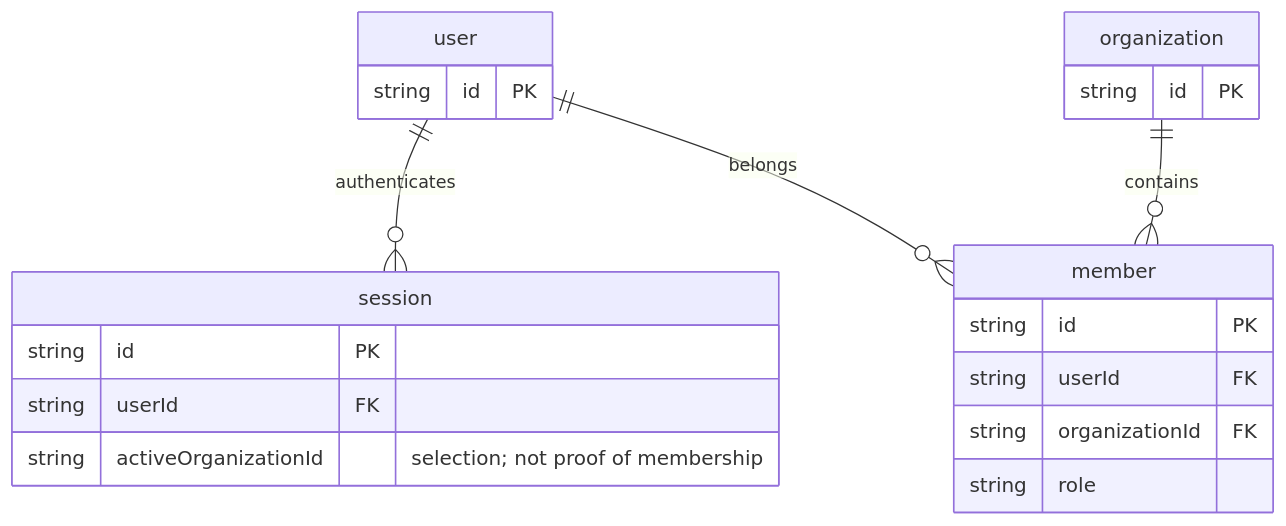
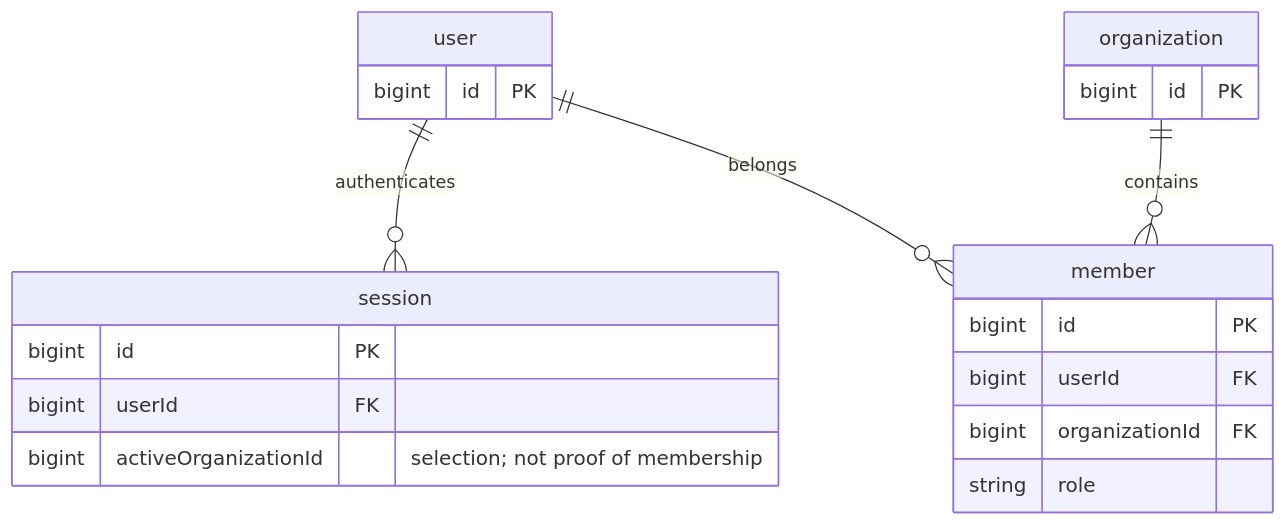
The first of 2 diagrams in docs/organization-api-access.md (codemancers/zuko), drawn with Mermaid before and after one commit. The commit also changed other lines of this file and 2 other files, not shown here.

Commit message:
fix(backend): adapt organisation access to serial bigint IDs

````diff
--- a/docs/organization-api-access.md
+++ b/docs/organization-api-access.md
@@ -59,23 +62,23 @@
 ```mermaid
 erDiagram
   user ||--o{ session : authenticates
   user ||--o{ member : belongs
   organization ||--o{ member : contains
   user {
-    string id PK
+    bigint id PK
   }
   session {
-    string id PK
-    string userId FK
-    string activeOrganizationId "selection; not proof of membership"
+    bigint id PK
+    bigint userId FK
+    bigint activeOrganizationId "selection; not proof of membership"
   }
   organization {
-    string id PK
+    bigint id PK
   }
   member {
-    string id PK
-    string userId FK
-    string organizationId FK
+    bigint id PK
+    bigint userId FK
+    bigint organizationId FK
     string role
   }
 ```
````
